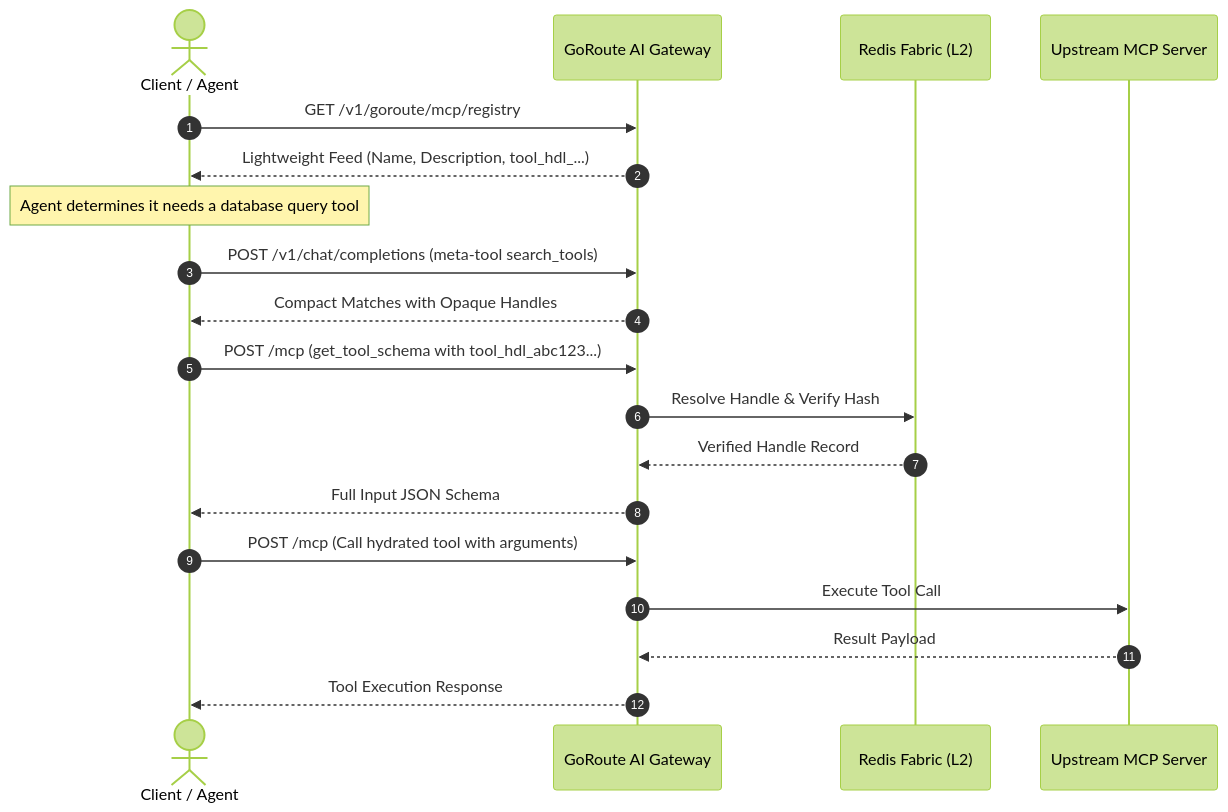
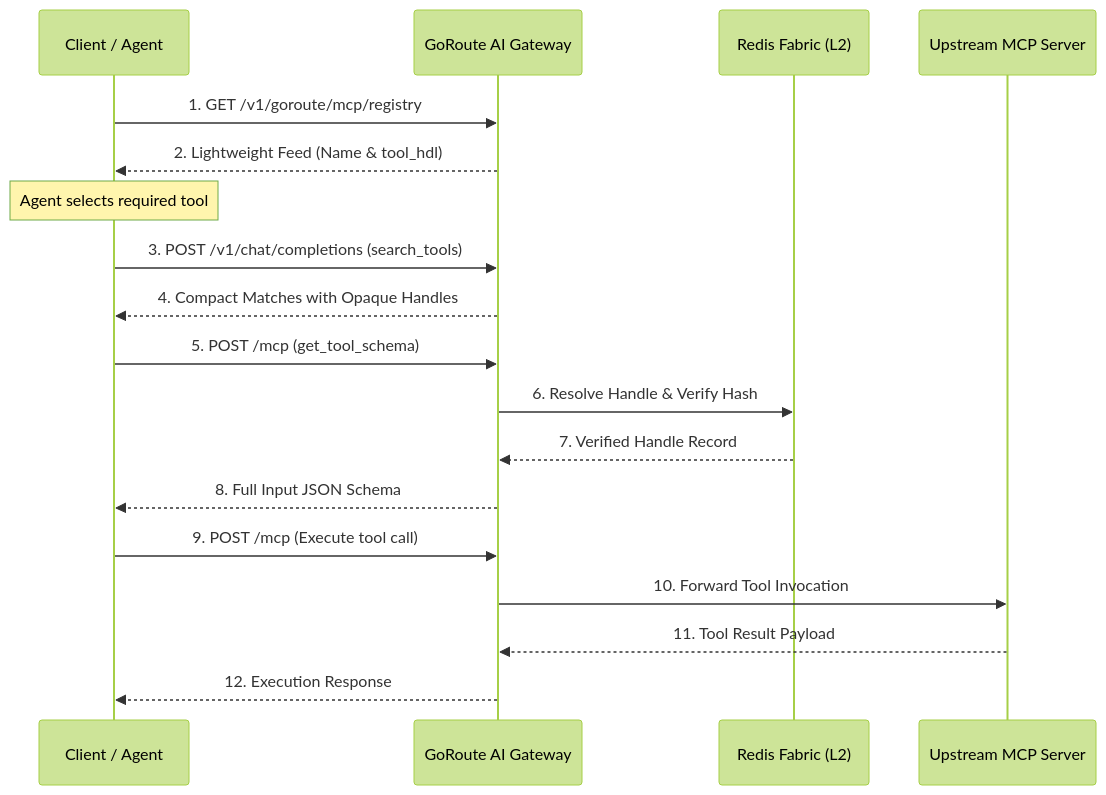
One commit to goroute-ai/goroute-ai.github.io changed the diagram in docs/protocols/mcp-progressive-discovery.md. Above: the diagram before and after it, drawn with Mermaid (forest theme). The commit also changed 12 other files, not shown here.

Commit message:
fix(mermaid): overhaul sequence diagrams, eliminate parser drops, and polish styling

````diff
--- a/docs/protocols/mcp-progressive-discovery.md
+++ b/docs/protocols/mcp-progressive-discovery.md
@@ -23,25 +23,21 @@
 ```mermaid
 sequenceDiagram
-    autonumber
-    actor User as Client / Agent
+    participant User as Client / Agent
     participant GW as GoRoute AI Gateway
     participant Redis as Redis Fabric (L2)
     participant Upstream as Upstream MCP Server
 
-    User->>GW: GET /v1/goroute/mcp/registry
-    GW-->>User: Lightweight Feed (Name, Description, tool_hdl_...)
-
-    Note over User: Agent determines it needs a database query tool
-    User->>GW: POST /v1/chat/completions (meta-tool search_tools)
-    GW-->>User: Compact Matches with Opaque Handles
-
-    User->>GW: POST /mcp (get_tool_schema with tool_hdl_abc123...)
-    GW->>Redis: Resolve Handle & Verify Hash
-    Redis-->>GW: Verified Handle Record
-    GW-->>User: Full Input JSON Schema
-
-    User->>GW: POST /mcp (Call hydrated tool with arguments)
-    GW->>Upstream: Execute Tool Call
-    Upstream-->>GW: Result Payload
-    GW-->>User: Tool Execution Response
+    User->>GW: 1. GET /v1/goroute/mcp/registry
+    GW-->>User: 2. Lightweight Feed (Name & tool_hdl)
+    Note over User: Agent selects required tool
+    User->>GW: 3. POST /v1/chat/completions (search_tools)
+    GW-->>User: 4. Compact Matches with Opaque Handles
+    User->>GW: 5. POST /mcp (get_tool_schema)
+    GW->>Redis: 6. Resolve Handle & Verify Hash
+    Redis-->>GW: 7. Verified Handle Record
+    GW-->>User: 8. Full Input JSON Schema
+    User->>GW: 9. POST /mcp (Execute tool call)
+    GW->>Upstream: 10. Forward Tool Invocation
+    Upstream-->>GW: 11. Tool Result Payload
+    GW-->>User: 12. Execution Response
 ```
````
